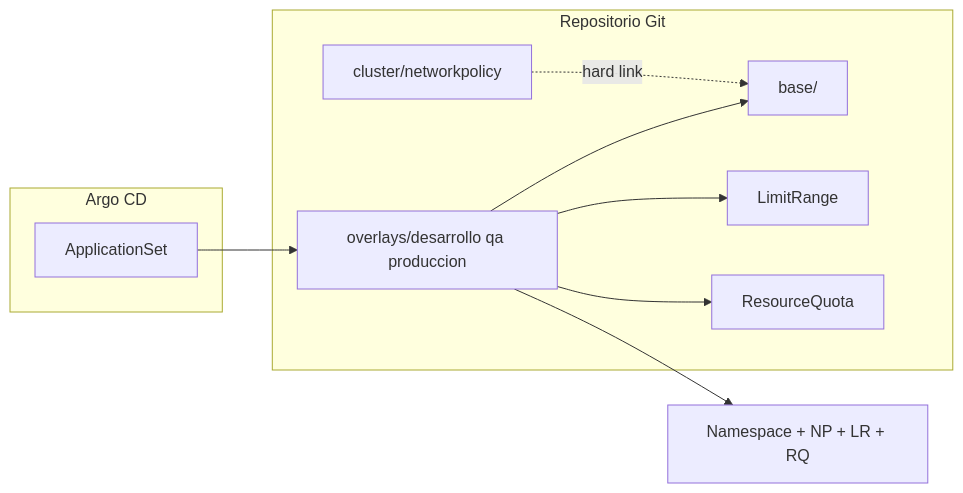
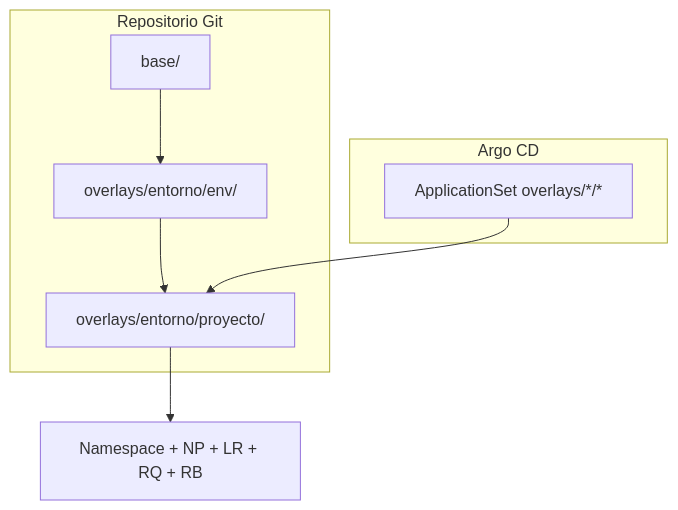
Before and after one commit to alexanderbenitezbracho-web/workshop-namespaces-argocd: the diagram in README.md, drawn with Mermaid. The commit also changed other lines of this file and 29 other files, not shown here.

Commit message:
Ampliar overlays a múltiples proyectos por entorno con herencia de labels.

````diff
--- a/README.md
+++ b/README.md
@@ -143,17 +175,15 @@
 ```mermaid
-flowchart LR
+flowchart TB
   subgraph git [Repositorio Git]
-    cluster[cluster/networkpolicy]
     base[base/]
-    overlays[overlays/desarrollo qa produccion]
-    cluster -.->|hard link| base
-    overlays --> base
-    overlays --> LR[LimitRange]
-    overlays --> RQ[ResourceQuota]
+    env[overlays/entorno/env/]
+    proj[overlays/entorno/proyecto/]
+    base --> env
+    env --> proj
   end
   subgraph argo [Argo CD]
-    appset[ApplicationSet]
-    appset --> overlays
+    appset[ApplicationSet overlays/*/*]
+    appset --> proj
   end
-  overlays --> NS[Namespace + NP + LR + RQ]
+  proj --> NS[Namespace + NP + LR + RQ + RB]
 ```
````
